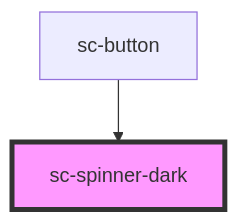
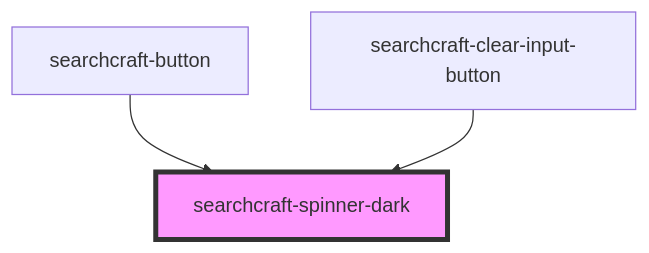
One commit to searchcraft-inc/searchcraft-javascript-sdks changed the diagram in packages/javascript-sdk/src/components/searchcraft-spinner-dark/readme.md. Above: the diagram before and after it, drawn with Mermaid. The commit also changed other lines of this file and 56 other files, not shown here.

````diff
--- a/packages/javascript-sdk/src/components/searchcraft-spinner-dark/readme.md
+++ b/packages/javascript-sdk/src/components/searchcraft-spinner-dark/readme.md
@@ -15,5 +16,6 @@
 ```mermaid
 graph TD;
-  sc-button --> sc-spinner-dark
-  style sc-spinner-dark fill:#f9f,stroke:#333,stroke-width:4px
+  searchcraft-button --> searchcraft-spinner-dark
+  searchcraft-clear-input-button --> searchcraft-spinner-dark
+  style searchcraft-spinner-dark fill:#f9f,stroke:#333,stroke-width:4px
 ```
````
